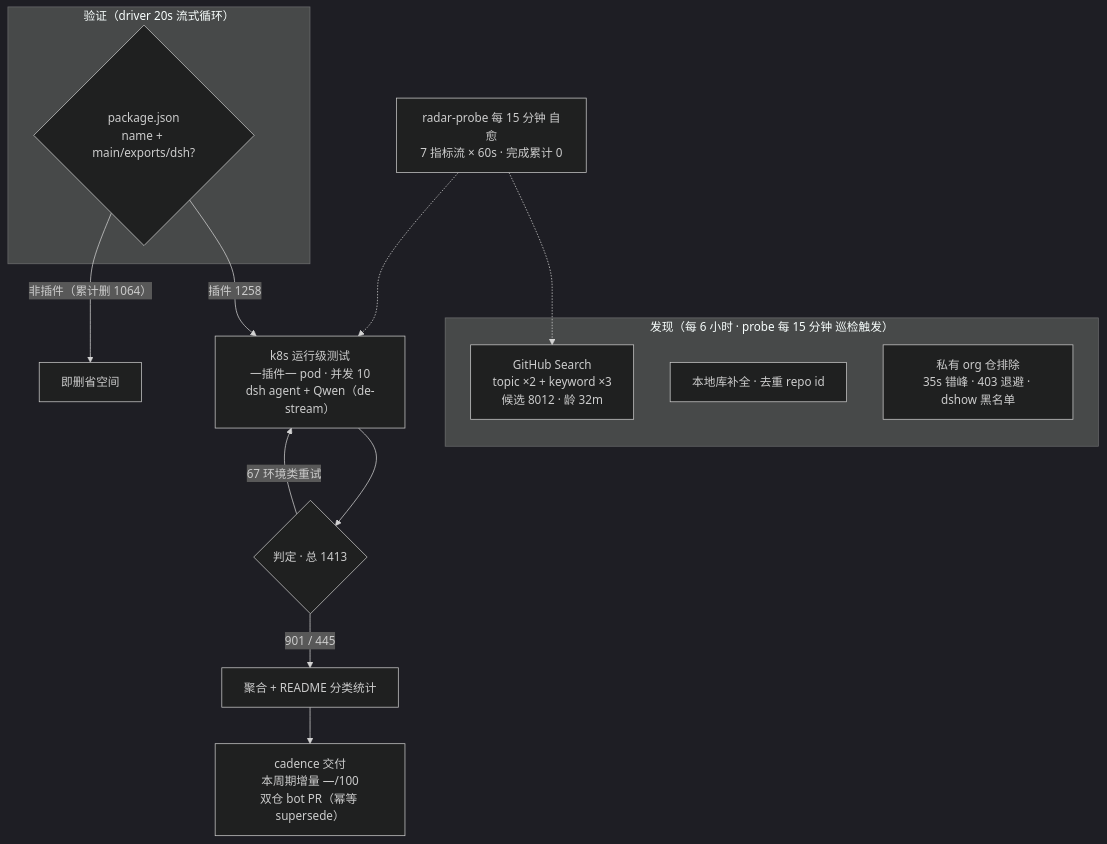
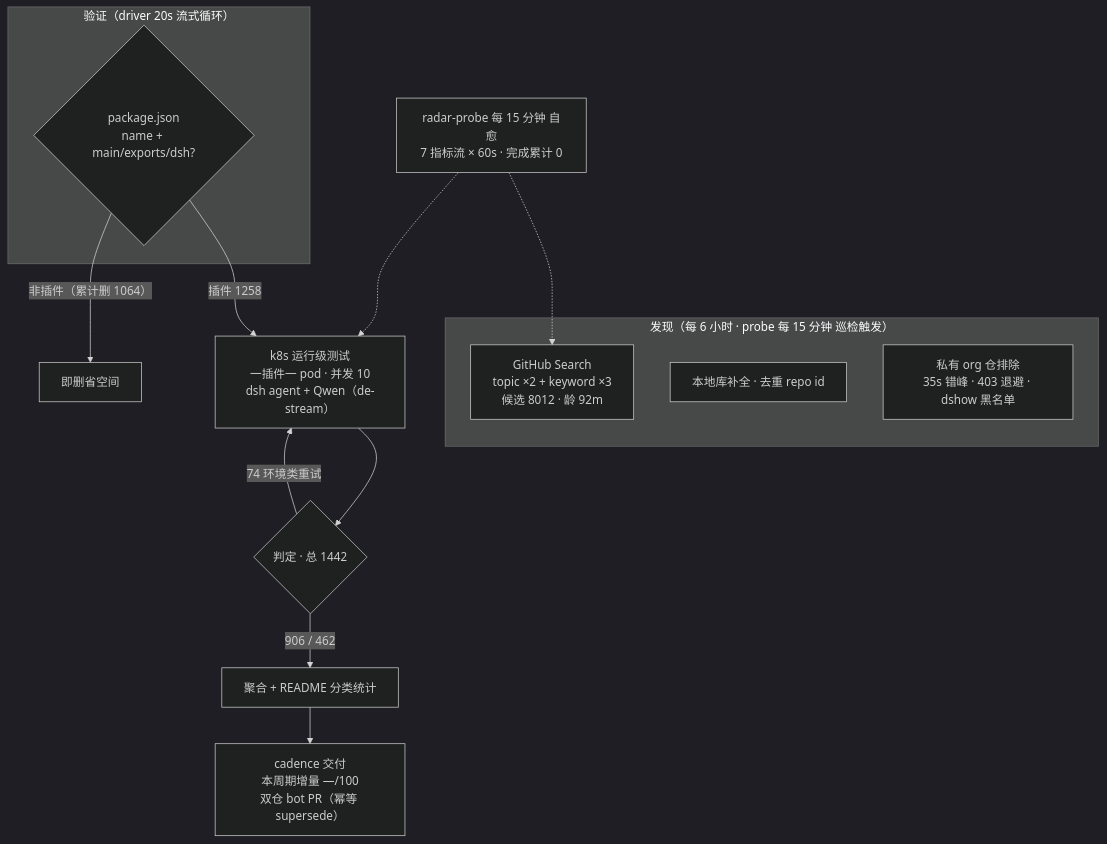
Before and after one commit to Zhidao-Lab-OSS/awesome-dsh-plugins: the diagram in README.md, drawn with Mermaid (dark theme). The commit also changed other lines of this file and 1 other file, not shown here.

````diff
--- a/README.md
+++ b/README.md
@@ -30,19 +30,19 @@
 ```mermaid
 flowchart TB
     subgraph Discovery[" 发现（每 6 小时 · probe 每 15 分钟 巡检触发）"]
-        A1["GitHub Search<br/>topic ×2 + keyword ×3<br/>候选 8012 · 龄 32m"]
+        A1["GitHub Search<br/>topic ×2 + keyword ×3<br/>候选 8012 · 龄 92m"]
         A2["本地库补全 · 去重 repo id"]
         A3[" 私有 org 仓排除<br/>35s 错峰 · 403 退避 · dshow 黑名单"]
     end
     subgraph Validation[" 验证（driver 20s 流式循环）"]
         B1{"package.json<br/>name + main/exports/dsh?"}
     end
     B1 -->|"插件 1258"| C1["k8s 运行级测试<br/>一插件一 pod · 并发 10<br/>dsh agent + Qwen（de-stream）"]
     B1 -->|"非插件（累计删 1064）"| B3[" 即删省空间"]
-    C1 --> D1{"判定 · 总 1413"}
-    D1 -->|" 901 /  445"| E1["聚合 + README 分类统计"]
-    D1 -->|" 67 环境类重试"| C1
+    C1 --> D1{"判定 · 总 1442"}
+    D1 -->|" 906 /  462"| E1["聚合 + README 分类统计"]
+    D1 -->|" 74 环境类重试"| C1
     E1 --> E2["cadence 交付<br/>本周期增量 —/100<br/>双仓 bot PR（幂等 supersede）"]
     M[" radar-probe 每 15 分钟 自愈<br/>7 指标流 × 60s · 完成累计 0"] -.-> A1
     M -.-> C1
 ```
````
